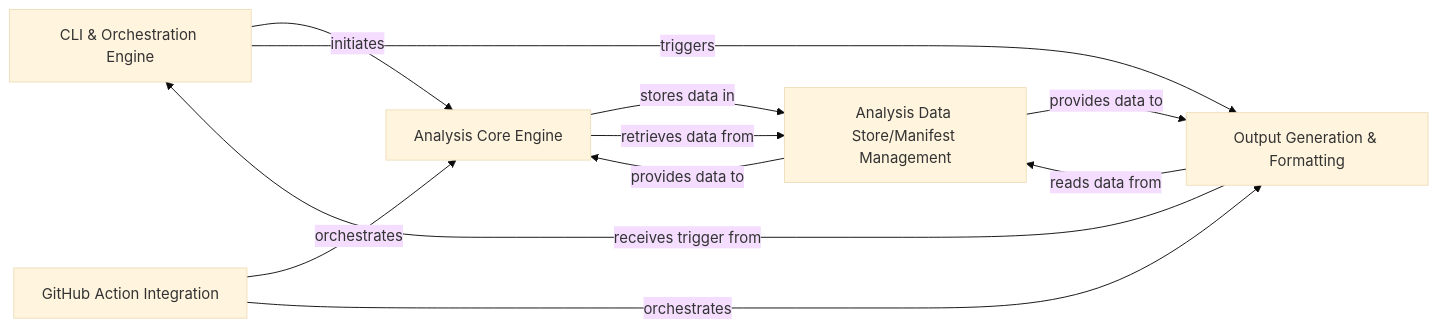
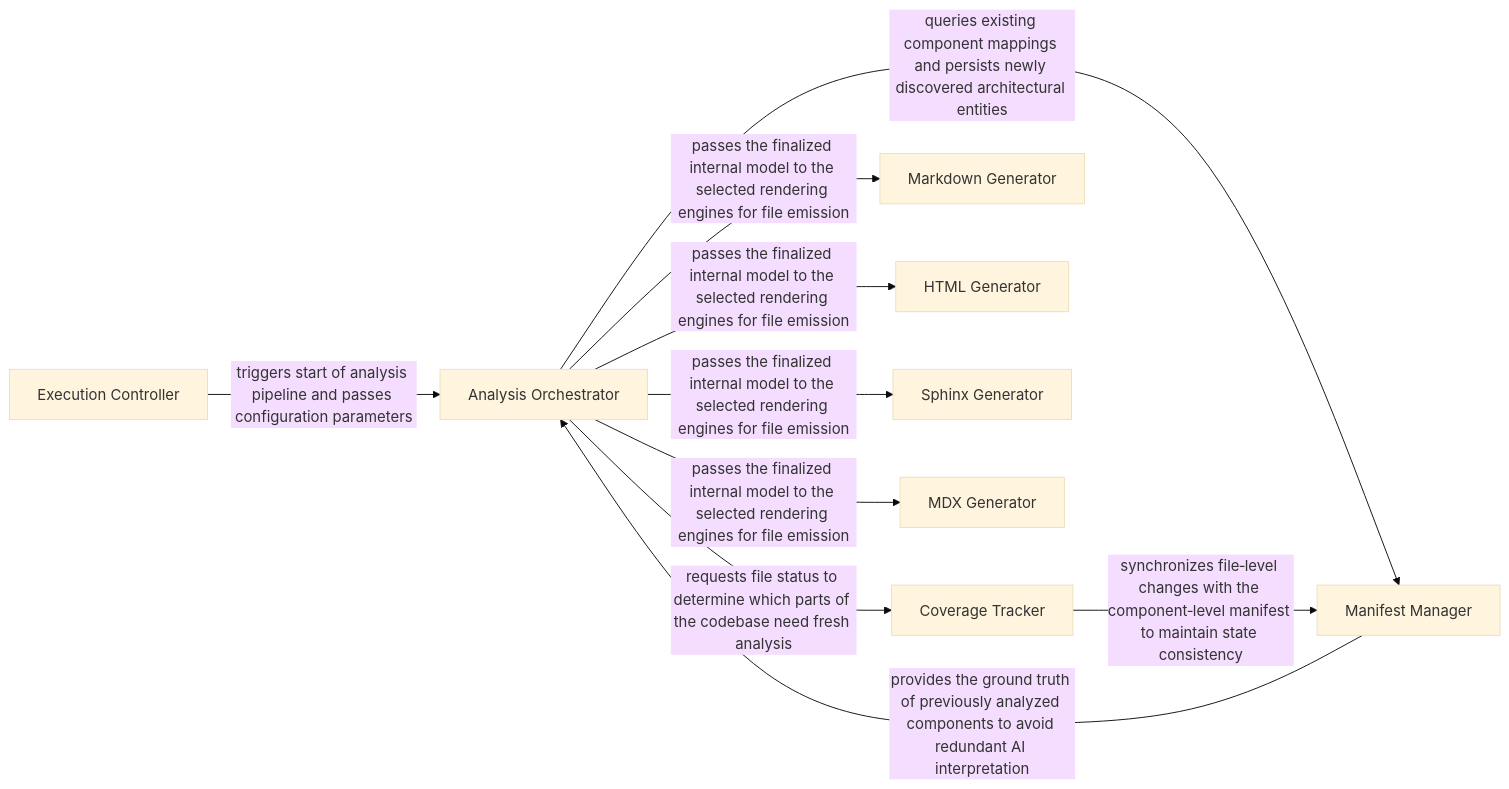
Before and after one commit to CodeBoarding/CodeBoarding: the diagram in .codeboarding/Documentation_Diagram_Generator.md, drawn with Mermaid (base theme). The commit also changed other lines of this file and 10 other files, not shown here.

````diff
--- a/.codeboarding/Documentation_Diagram_Generator.md
+++ b/.codeboarding/Documentation_Diagram_Generator.md
@@ -1,18 +1,20 @@
 ```mermaid
 graph LR
-    CLI_Orchestration_Engine["CLI & Orchestration Engine"]
-    Analysis_Core_Engine["Analysis Core Engine"]
-    Analysis_Data_Store_Manifest_Management["Analysis Data Store/Manifest Management"]
-    Output_Generation_Formatting["Output Generation & Formatting"]
-    GitHub_Action_Integration["GitHub Action Integration"]
-    CLI_Orchestration_Engine -- "initiates" --> Analysis_Core_Engine
-    CLI_Orchestration_Engine -- "triggers" --> Output_Generation_Formatting
-    Analysis_Core_Engine -- "stores data in" --> Analysis_Data_Store_Manifest_Management
-    Analysis_Core_Engine -- "retrieves data from" --> Analysis_Data_Store_Manifest_Management
-    Analysis_Data_Store_Manifest_Management -- "provides data to" --> Analysis_Core_Engine
-    Analysis_Data_Store_Manifest_Management -- "provides data to" --> Output_Generation_Formatting
-    Output_Generation_Formatting -- "reads data from" --> Analysis_Data_Store_Manifest_Management
-    Output_Generation_Formatting -- "receives trigger from" --> CLI_Orchestration_Engine
-    GitHub_Action_Integration -- "orchestrates" --> Analysis_Core_Engine
-    GitHub_Action_Integration -- "orchestrates" --> Output_Generation_Formatting
+    Execution_Controller["Execution Controller"]
+    Analysis_Orchestrator["Analysis Orchestrator"]
+    Manifest_Manager["Manifest Manager"]
+    Coverage_Tracker["Coverage Tracker"]
+    Markdown_Generator["Markdown Generator"]
+    HTML_Generator["HTML Generator"]
+    Sphinx_Generator["Sphinx Generator"]
+    MDX_Generator["MDX Generator"]
+    Execution_Controller -- "triggers start of analysis pipeline and passes configuration parameters" --> Analysis_Orchestrator
+    Analysis_Orchestrator -- "queries existing component mappings and persists newly discovered architectural entities" --> Manifest_Manager
+    Analysis_Orchestrator -- "requests file status to determine which parts of the codebase need fresh analysis" --> Coverage_Tracker
+    Analysis_Orchestrator -- "passes the finalized internal model to the selected rendering engines for file emission" --> Markdown_Generator
+    Analysis_Orchestrator -- "passes the finalized internal model to the selected rendering engines for file emission" --> HTML_Generator
+    Analysis_Orchestrator -- "passes the finalized internal model to the selected rendering engines for file emission" --> Sphinx_Generator
+    Analysis_Orchestrator -- "passes the finalized internal model to the selected rendering engines for file emission" --> MDX_Generator
+    Coverage_Tracker -- "synchronizes file‑level changes with the component‑level manifest to maintain state consistency" --> Manifest_Manager
+    Manifest_Manager -- "provides the ground truth of previously analyzed components to avoid redundant AI interpretation" --> Analysis_Orchestrator
 ```
````
